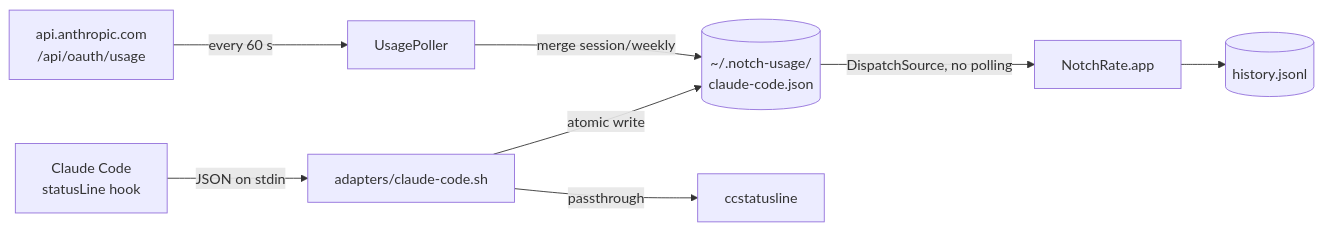
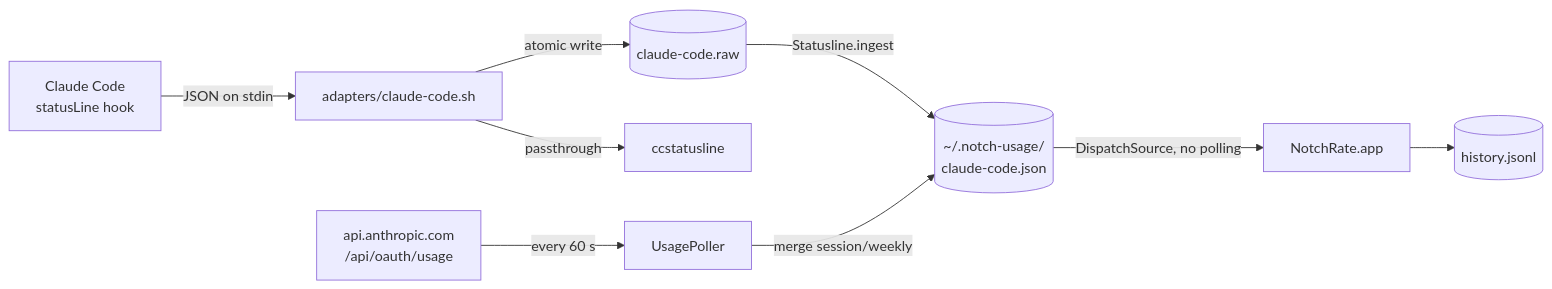
Before and after one commit to settivishal/NotchRate: the diagram in README.md, drawn with Mermaid. The commit also changed other lines of this file and 9 other files, not shown here.

Commit message:
feat: connect Claude Code status line from the app; adapter no longer needs jq

````diff
--- a/README.md
+++ b/README.md
@@ -81,10 +74,11 @@
 ```mermaid
 flowchart LR
     CC[Claude Code<br/>statusLine hook] -->|JSON on stdin| A[adapters/claude-code.sh]
-    A -->|atomic write| F[(~/.notch-usage/<br/>claude-code.json)]
+    A -->|atomic write| R[(claude-code.raw)]
+    R -->|Statusline.ingest| F[(~/.notch-usage/<br/>claude-code.json)]
     A -->|passthrough| S[ccstatusline]
     API[api.anthropic.com<br/>/api/oauth/usage] -->|every 60 s| P[UsagePoller]
     P -->|merge session/weekly| F
     F -->|DispatchSource, no polling| App[NotchRate.app]
     App --> H[(history.jsonl)]
 ```
````
